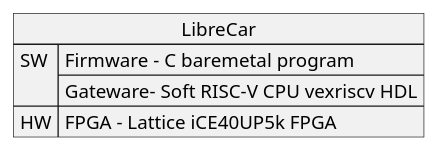
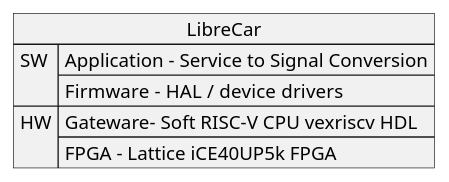
Before and after one commit to disdi/proposal: the diagram in src/arch/top.puml, drawn with PlantUML. The commit also changed 7 other files, not shown here.

Commit message:
update architecture

```diff
--- a/src/arch/top.puml
+++ b/src/arch/top.puml
@@ -1,8 +1,8 @@
 @startuml
 json LibreCar {
 
-   "SW": ["Firmware - C baremetal program", "Gateware- Soft RISC-V CPU vexriscv HDL"],
+   "SW": ["Application - Service to Signal Conversion", "Firmware -  HAL / device drivers"],
 
-   "HW": ["FPGA - Lattice iCE40UP5k FPGA"]
+   "HW": ["Gateware- Soft RISC-V CPU vexriscv HDL", "FPGA - Lattice iCE40UP5k FPGA"]
 }
 @enduml
```
